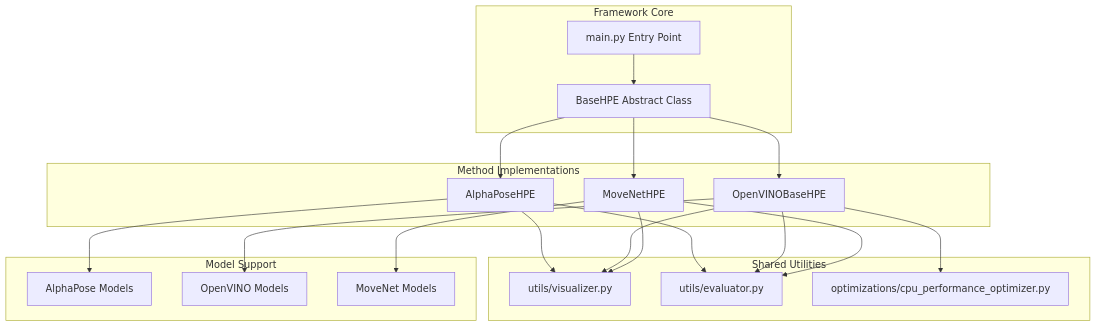
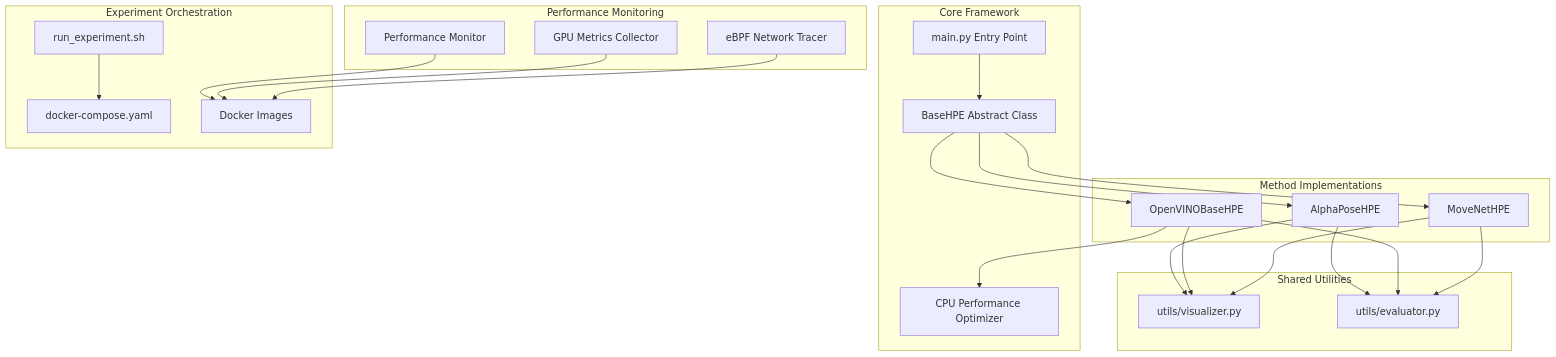
Before and after one commit to Fogus-Gr/MeasurementsDTs: the first of 12 diagrams in .qoder/repowiki/en/content/Project Overview.md, drawn with Mermaid. The commit also changed other lines of this file and 8 other files, not shown here.

First line of the commit message:
docs: update wiki content and add open model zoo directory

````diff
--- a/.qoder/repowiki/en/content/Project Overview.md
+++ b/.qoder/repowiki/en/content/Project Overview.md
@@ -37,36 +54,42 @@
 ```mermaid
 graph TB
-subgraph "Framework Core"
+subgraph "Core Framework"
 BaseHPE[BaseHPE Abstract Class]
 Main[main.py Entry Point]
+CPUOptimizer[CPU Performance Optimizer]
 end
 subgraph "Method Implementations"
 AlphaPose[AlphaPoseHPE]
 OpenVINO[OpenVINOBaseHPE]
 MoveNet[MoveNetHPE]
 end
 subgraph "Shared Utilities"
 Visualizer[utils/visualizer.py]
 Evaluator[utils/evaluator.py]
-Optimizer[optimizations/cpu_performance_optimizer.py]
 end
-subgraph "Model Support"
-AlphaModels[AlphaPose Models]
-OpenVINOModels[OpenVINO Models]
-MoveNetModels[MoveNet Models]
+subgraph "Performance Monitoring"
+PerfMonitor[Performance Monitor]
+GPUMetrics[GPU Metrics Collector]
+BPFTracer[eBPF Network Tracer]
+end
+subgraph "Experiment Orchestration"
+DockerCompose[docker-compose.yaml]
+RunScripts[run_experiment.sh]
+ContainerImages[Docker Images]
 end
 Main --> BaseHPE
 BaseHPE --> AlphaPose
 BaseHPE --> OpenVINO
 BaseHPE --> MoveNet
-AlphaPose --> AlphaModels
-OpenVINO --> OpenVINOModels
-MoveNet --> MoveNetModels
 AlphaPose --> Visualizer
 OpenVINO --> Visualizer
 MoveNet --> Visualizer
 AlphaPose --> Evaluator
 OpenVINO --> Evaluator
 MoveNet --> Evaluator
-OpenVINO --> Optimizer
+OpenVINO --> CPUOptimizer
+PerfMonitor --> ContainerImages
+GPUMetrics --> ContainerImages
+BPFTracer --> ContainerImages
+RunScripts --> DockerCompose
 ```
````
